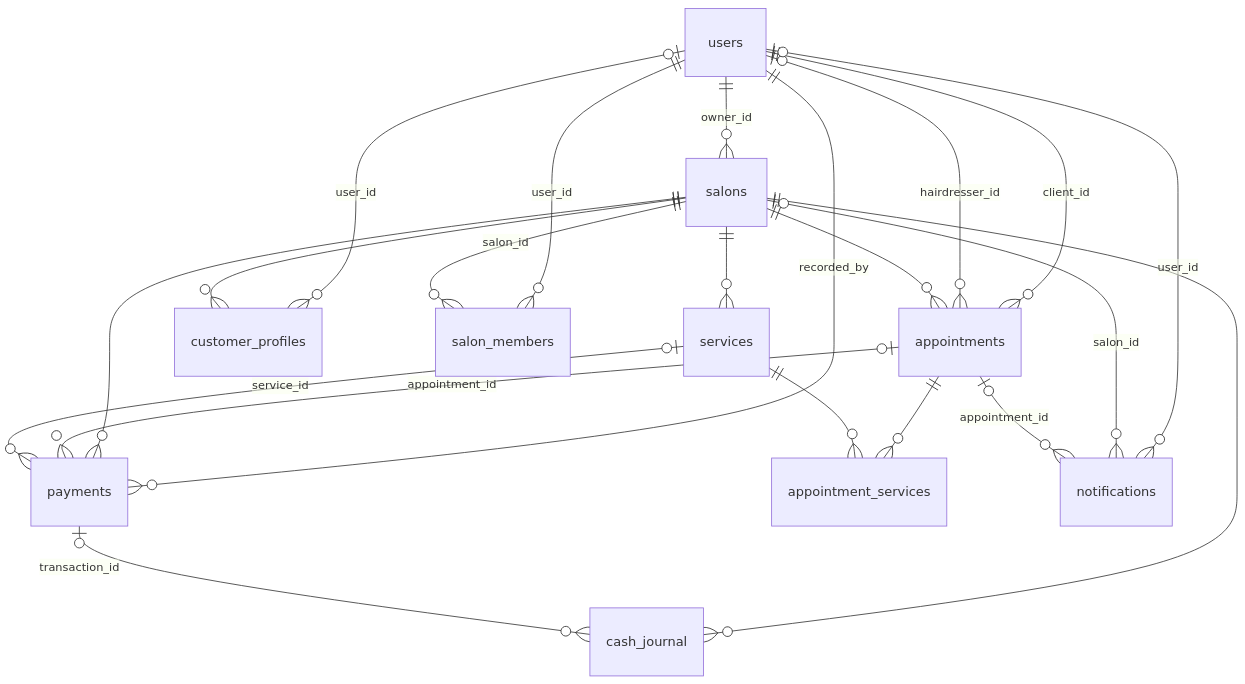
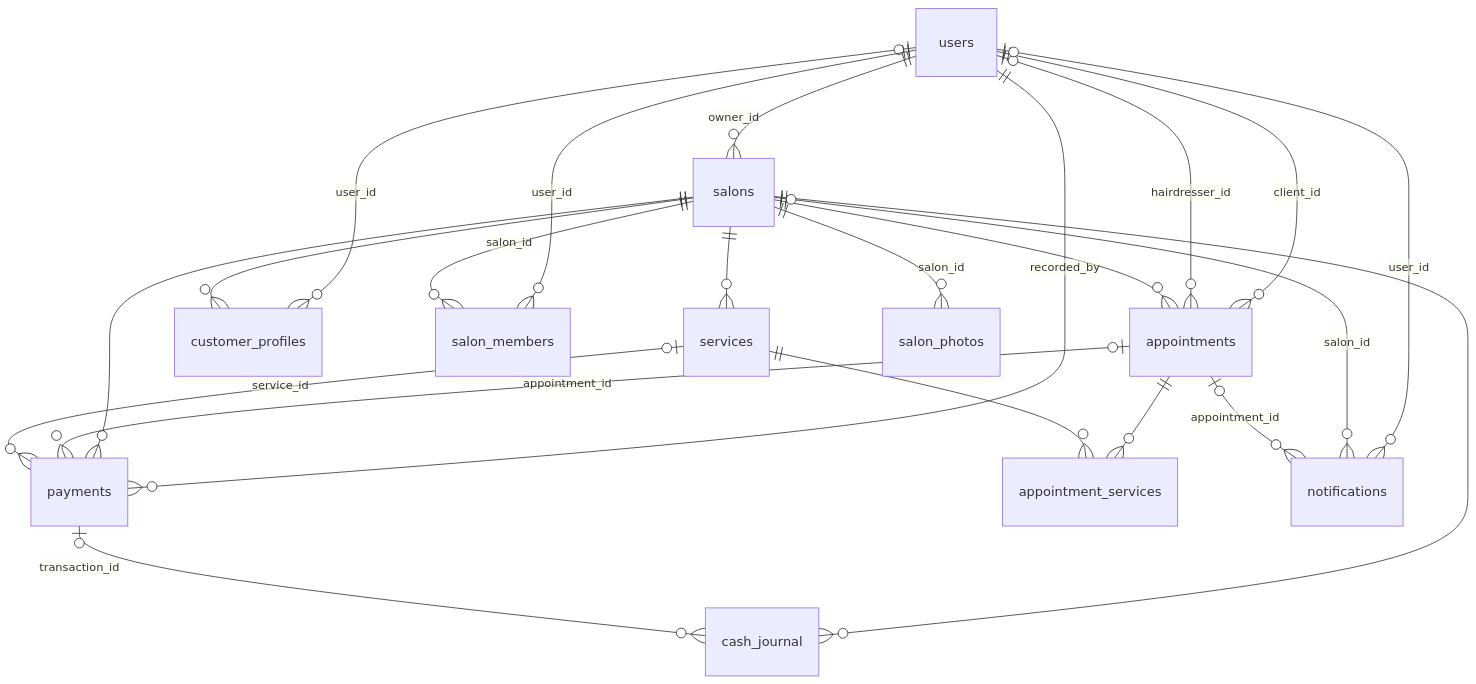
The diagram in backend/README.md (flavien-hugs/coiflink), drawn with Mermaid before and after one commit. The commit also changed other lines of this file and 40 other files, not shown here.

````diff
--- a/backend/README.md
+++ b/backend/README.md
@@ -416,23 +450,24 @@
 ```mermaid
 erDiagram
     users ||--o{ salons : "owner_id"
     users ||--o{ appointments : "client_id"
     users |o--o{ appointments : "hairdresser_id"
     users |o--o{ customer_profiles : "user_id"
     users ||--o{ payments : "recorded_by"
     users ||--o{ salon_members : "user_id"
     salons ||--o{ services : ""
     salons ||--o{ appointments : ""
     salons ||--o{ customer_profiles : ""
     salons ||--o{ payments : ""
     salons ||--o{ cash_journal : ""
     salons ||--o{ salon_members : "salon_id"
+    salons ||--o{ salon_photos : "salon_id"
     appointments ||--o{ appointment_services : ""
     services ||--o{ appointment_services : ""
     appointments |o--o{ payments : "appointment_id"
     services |o--o{ payments : "service_id"
     payments |o--o{ cash_journal : "transaction_id"
     users |o--o{ notifications : "user_id"
     salons |o--o{ notifications : "salon_id"
     appointments |o--o{ notifications : "appointment_id"
 ```
````
